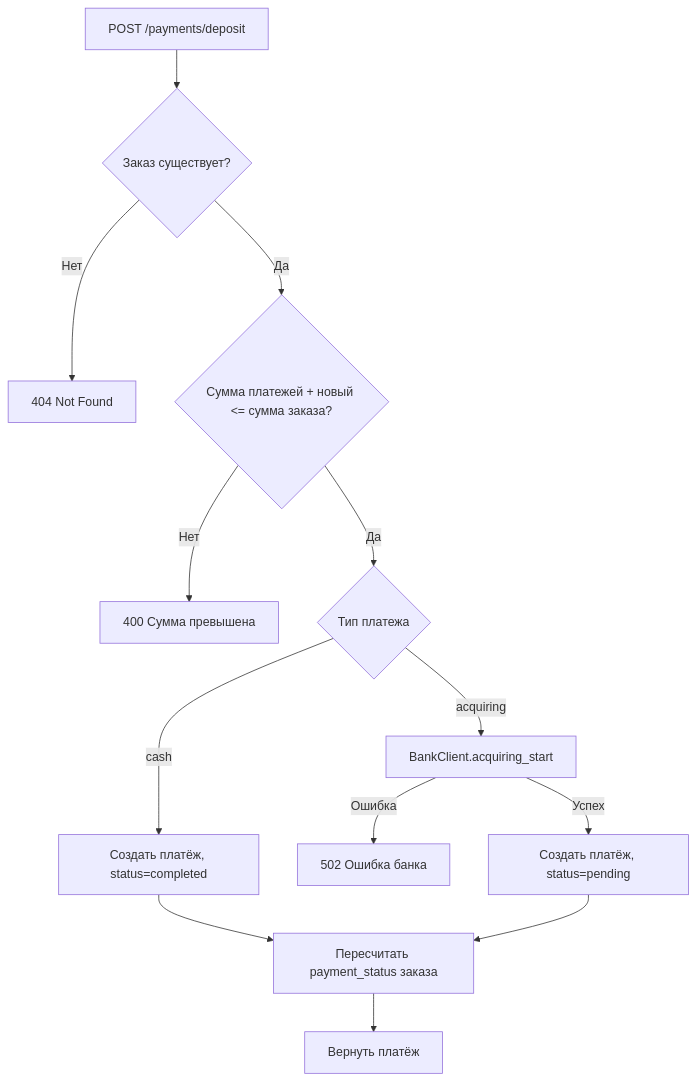
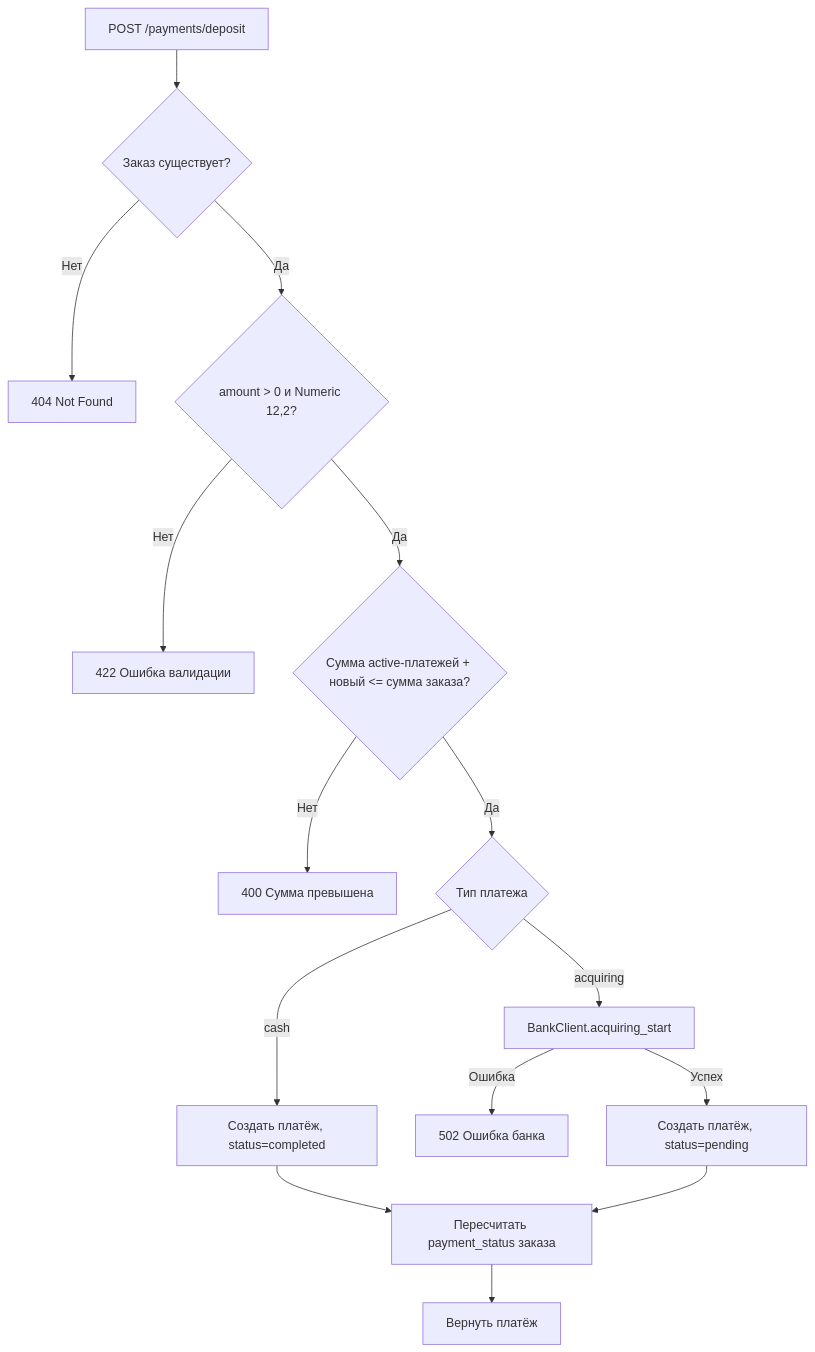
One commit to sheeshka/testwork changed the second of 5 diagrams in documents/architecture.md. Above: the diagram before and after it, drawn with Mermaid. The commit also changed other lines of this file and 3 other files, not shown here.

````diff
--- a/documents/architecture.md
+++ b/documents/architecture.md
@@ -17,15 +17,17 @@
 ```mermaid
 flowchart TD
     A[POST /payments/deposit] --> B{Заказ существует?}
     B -- Нет --> C[404 Not Found]
-    B -- Да --> D{Сумма платежей + новый <= сумма заказа?}
+    B -- Да --> V{amount > 0 и Numeric 12,2?}
+    V -- Нет --> W[422 Ошибка валидации]
+    V -- Да --> D{Сумма active-платежей + новый <= сумма заказа?}
     D -- Нет --> E[400 Сумма превышена]
     D -- Да --> F{Тип платежа}
     F -- cash --> G[Создать платёж, status=completed]
     G --> H[Пересчитать payment_status заказа]
     F -- acquiring --> I[BankClient.acquiring_start]
     I -- Ошибка --> J[502 Ошибка банка]
     I -- Успех --> K[Создать платёж, status=pending]
     K --> H
     H --> L[Вернуть платёж]
 ```
````
